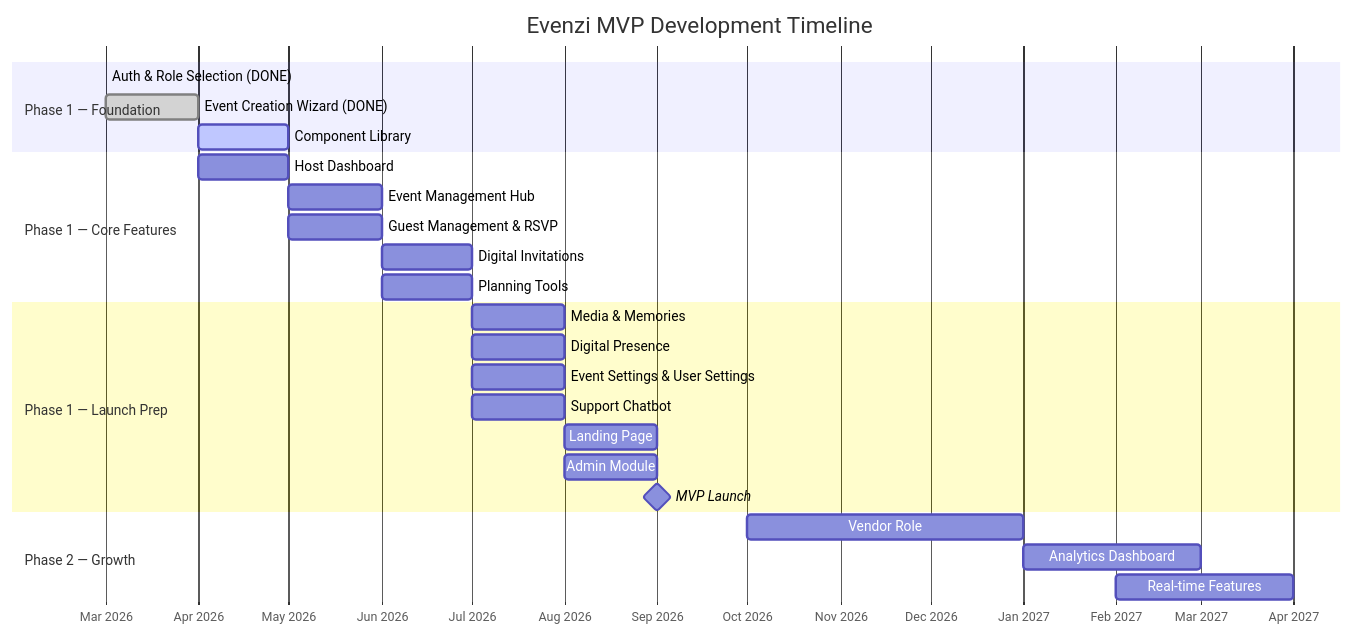
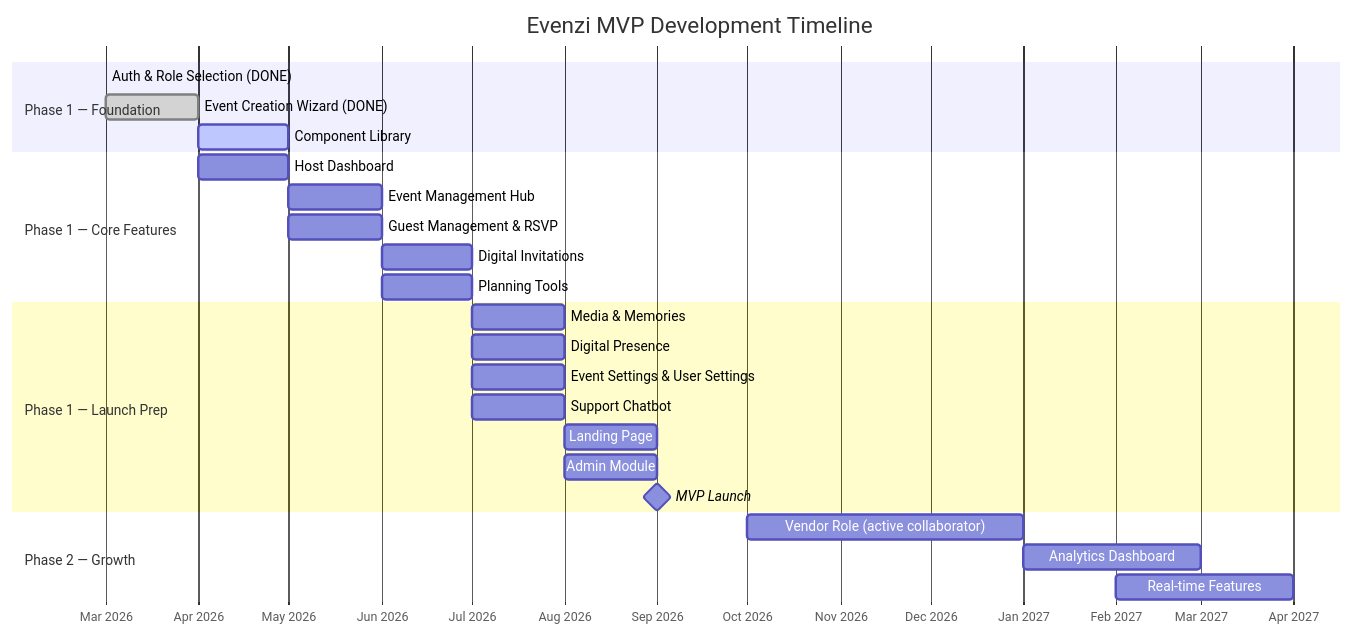
The diagram in docs/foundation/brd.md (evenzi-official/Evenzi), drawn with Mermaid before and after one commit. The commit also changed other lines of this file and 19 other files, not shown here.

````diff
--- a/docs/foundation/brd.md
+++ b/docs/foundation/brd.md
@@ -555,32 +602,32 @@
 ```mermaid
 gantt
     title Evenzi MVP Development Timeline
     dateFormat  YYYY-MM
     axisFormat  %b %Y
 
     section Phase 1 — Foundation
     Auth & Role Selection (DONE)        :done, auth, 2026-03, 2026-03
     Event Creation Wizard (DONE)        :done, wizard, 2026-03, 2026-04
     Component Library                   :active, comp, 2026-04, 2026-05
 
     section Phase 1 — Core Features
     Host Dashboard                      :dash, 2026-04, 2026-05
     Event Management Hub                :hub, 2026-05, 2026-06
     Guest Management & RSVP             :guest, 2026-05, 2026-06
     Digital Invitations                 :invite, 2026-06, 2026-07
     Planning Tools                      :plan, 2026-06, 2026-07
 
     section Phase 1 — Launch Prep
     Media & Memories                    :media, 2026-07, 2026-08
     Digital Presence                    :dp, 2026-07, 2026-08
     Event Settings & User Settings      :settings, 2026-07, 2026-08
     Support Chatbot                     :chatbot, 2026-07, 2026-08
     Landing Page                        :landing, 2026-08, 2026-09
     Admin Module                        :admin, 2026-08, 2026-09
     MVP Launch                          :milestone, launch, 2026-09, 2026-09
 
     section Phase 2 — Growth
-    Vendor Role                         :vendor, 2026-10, 2027-01
+    Vendor Role (active collaborator)   :vendor, 2026-10, 2027-01
     Analytics Dashboard                 :analytics, 2027-01, 2027-03
     Real-time Features                  :realtime, 2027-02, 2027-04
 ```
````
